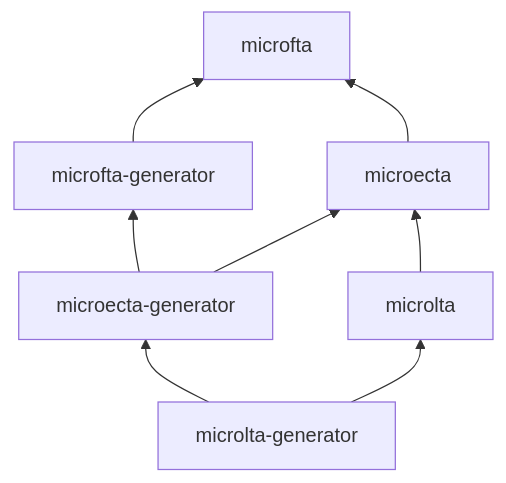
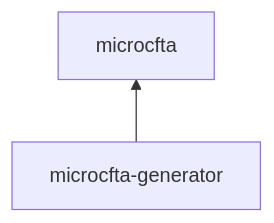
The diagram in README.md (Tritlo/microecta), drawn with Mermaid before and after one commit. The commit also changed other lines of this file and 8 other files, not shown here.

````diff
--- a/README.md
+++ b/README.md
@@ -16,10 +10,4 @@
 ```mermaid
 flowchart BT
-  fg["microfta-generator"] --> f["microfta"]
-  eg["microecta-generator"] --> e["microecta"]
-  lg["microlta-generator"] --> l["microlta"]
-  e --> f
-  l --> e
-  eg --> fg
-  lg --> eg
+  g["microcfta-generator"] --> c["microcfta"]
 ```
````
